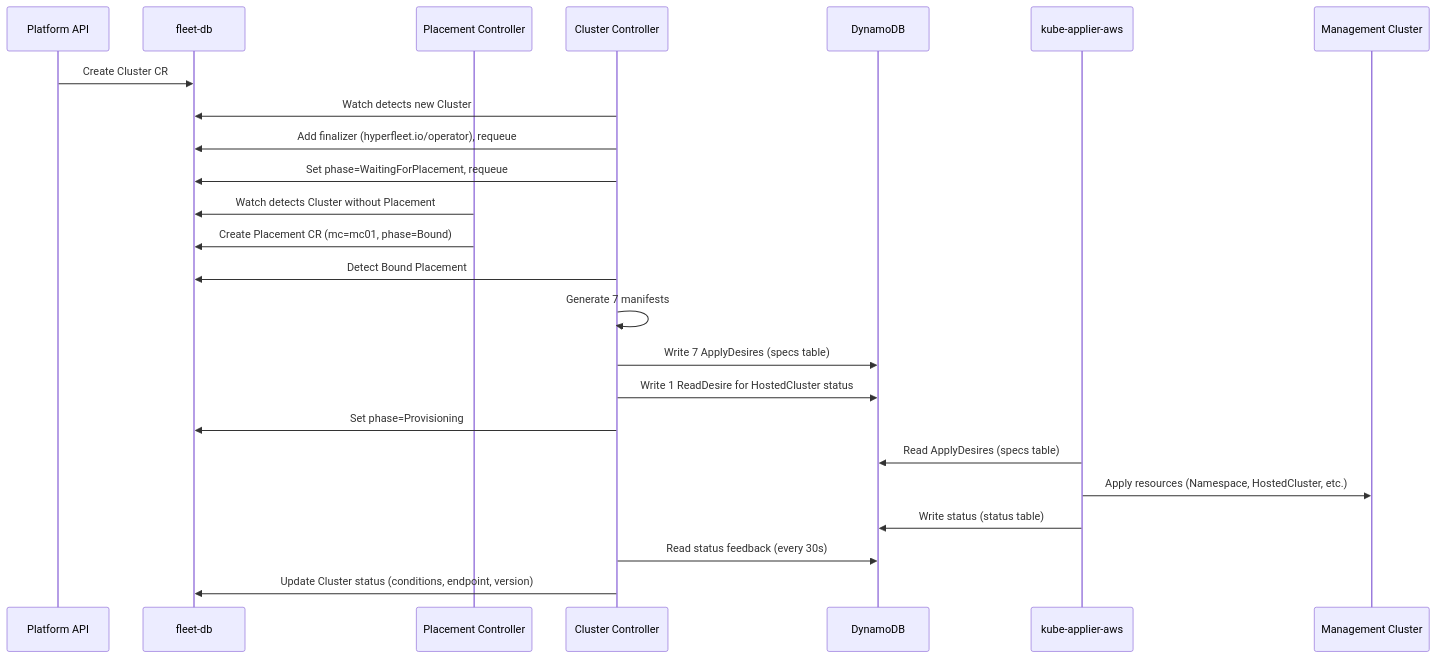
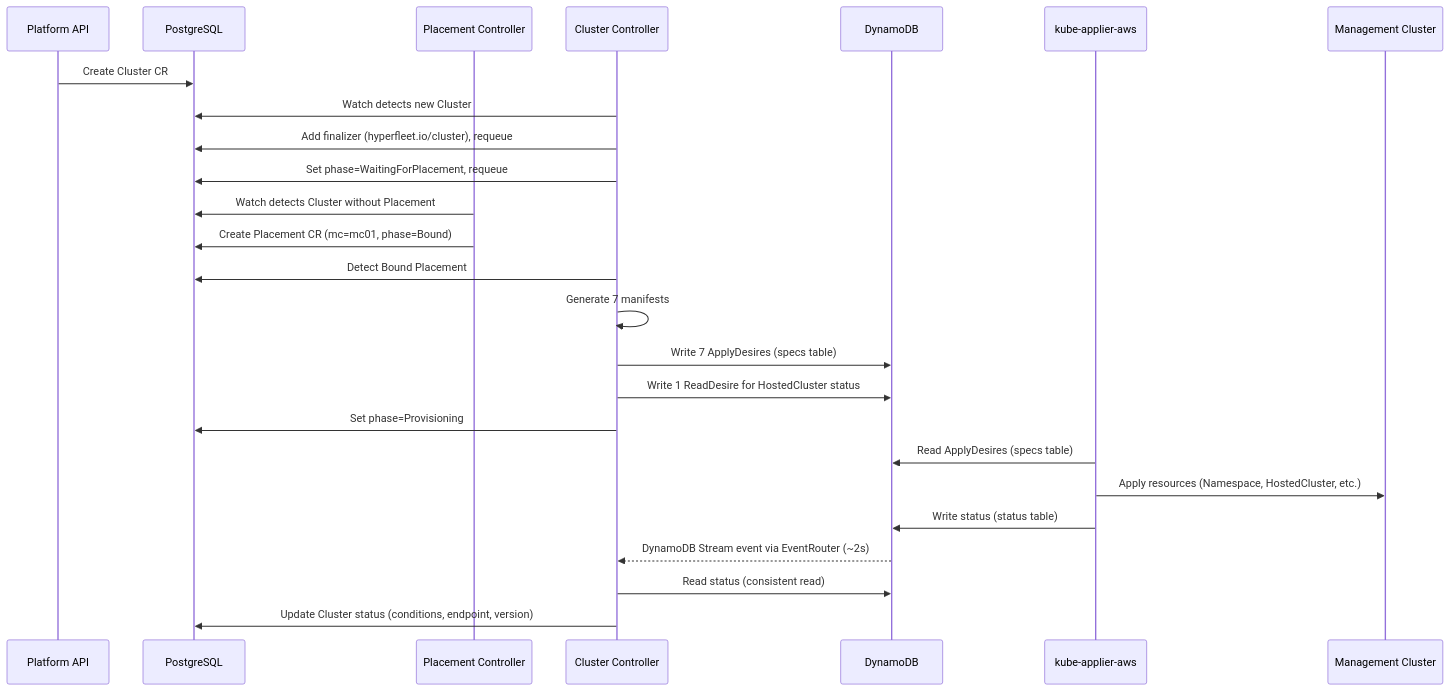
Before and after one commit to typeid/hyperfleet-operator: the first of 2 diagrams in docs/cluster-controller.md, drawn with Mermaid. The commit also changed other lines of this file and 46 other files, not shown here.

````diff
--- a/docs/cluster-controller.md
+++ b/docs/cluster-controller.md
@@ -11,27 +11,28 @@
 ```mermaid
 sequenceDiagram
     participant API as Platform API
-    participant FDB as fleet-db
+    participant PG as PostgreSQL
     participant PC as Placement Controller
     participant CC as Cluster Controller
     participant DDB as DynamoDB
     participant KA as kube-applier-aws
     participant MC as Management Cluster
 
-    API->>FDB: Create Cluster CR
-    CC->>FDB: Watch detects new Cluster
-    CC->>FDB: Add finalizer (hyperfleet.io/operator), requeue
-    CC->>FDB: Set phase=WaitingForPlacement, requeue
-    PC->>FDB: Watch detects Cluster without Placement
-    PC->>FDB: Create Placement CR (mc=mc01, phase=Bound)
-    CC->>FDB: Detect Bound Placement
+    API->>PG: Create Cluster CR
+    CC->>PG: Watch detects new Cluster
+    CC->>PG: Add finalizer (hyperfleet.io/cluster), requeue
+    CC->>PG: Set phase=WaitingForPlacement, requeue
+    PC->>PG: Watch detects Cluster without Placement
+    PC->>PG: Create Placement CR (mc=mc01, phase=Bound)
+    CC->>PG: Detect Bound Placement
     CC->>CC: Generate 7 manifests
     CC->>DDB: Write 7 ApplyDesires (specs table)
     CC->>DDB: Write 1 ReadDesire for HostedCluster status
-    CC->>FDB: Set phase=Provisioning
+    CC->>PG: Set phase=Provisioning
     KA->>DDB: Read ApplyDesires (specs table)
     KA->>MC: Apply resources (Namespace, HostedCluster, etc.)
     KA->>DDB: Write status (status table)
-    CC->>DDB: Read status feedback (every 30s)
-    CC->>FDB: Update Cluster status (conditions, endpoint, version)
+    DDB-->>CC: DynamoDB Stream event via EventRouter (~2s)
+    CC->>DDB: Read status (consistent read)
+    CC->>PG: Update Cluster status (conditions, endpoint, version)
 ```
````
